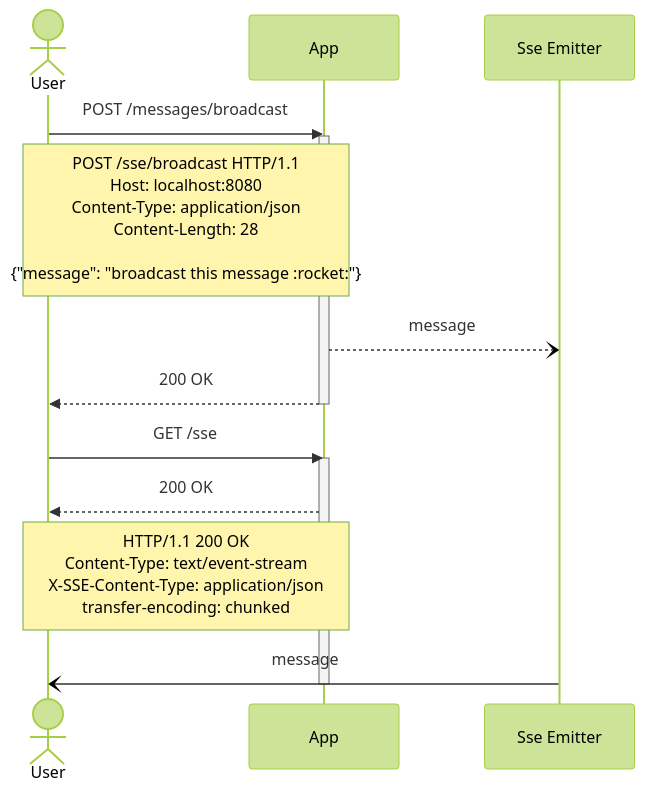
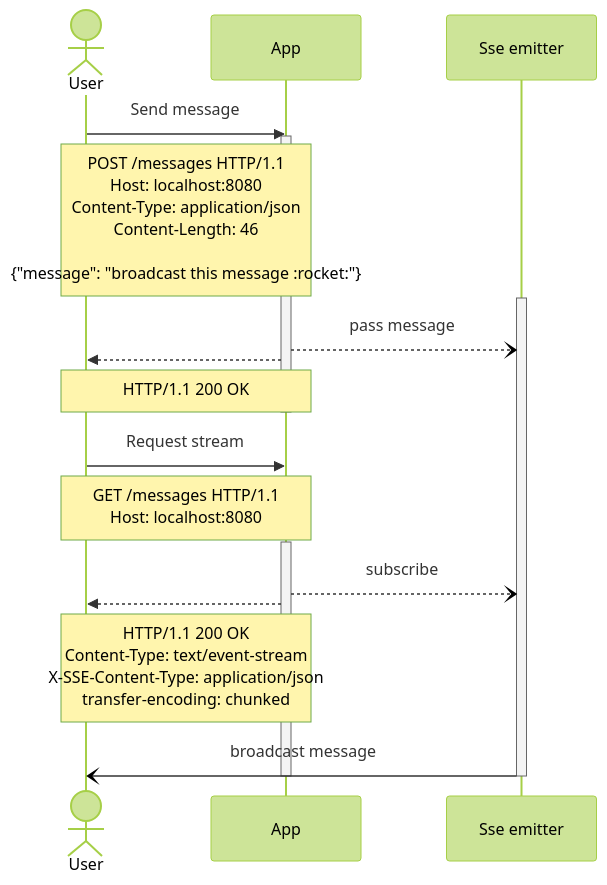
Before and after one commit to Pakisan/pakisan.github.io: the diagram in _posts/2023-08-31-quarkus-sse.md, drawn with Mermaid (forest theme).

Commit message:
feat: Quarkus SSE app draft
- Update diagram

````diff
--- a/_posts/2023-08-31-quarkus-sse.md
+++ b/_posts/2023-08-31-quarkus-sse.md
@@ -21,20 +21,25 @@
 ```mermaid
 sequenceDiagram
-	actor User
-	participant App
-	participant Sse Emitter
+  actor User
+  participant App
+  participant Sse emitter
 
-	User->>App: POST /messages/broadcast
-	activate App
-  Note over App,User: POST /sse/broadcast HTTP/1.1<br/>Host: localhost:8080<br/>Content-Type: application/json<br/>Content-Length: 28<br/><br/>{"message": "broadcast this message :rocket:"}
-  App--)Sse Emitter: message
-	App-->>User: 200 OK
-	deactivate App
+  User->>App: Send message
+  activate App
+  Note over App,User: POST /messages HTTP/1.1<br/>Host: localhost:8080<br/>Content-Type: application/json<br/>Content-Length: 46<br/><br/>{"message": "broadcast this message :rocket:"}
+  activate Sse emitter
+  App--)Sse emitter: pass message
+  App-->>User:
+  Note over App,User: HTTP/1.1 200 OK
+  deactivate App
 
-	User->>App: GET /sse
-	activate App
-	App-->>User: 200 OK
+  User->>App: Request stream
+  Note over App,User: GET /messages HTTP/1.1<br/>Host: localhost:8080
+  activate App
+  App--)Sse emitter: subscribe
+  App-->>User:
   Note over App,User: HTTP/1.1 200 OK<br/>Content-Type: text/event-stream<br/>X-SSE-Content-Type: application/json<br/>transfer-encoding: chunked
-  Sse Emitter-)User: message
-	deactivate App
+  Sse emitter-)User: broadcast message
+  deactivate App
+  deactivate Sse emitter
 ```
````
